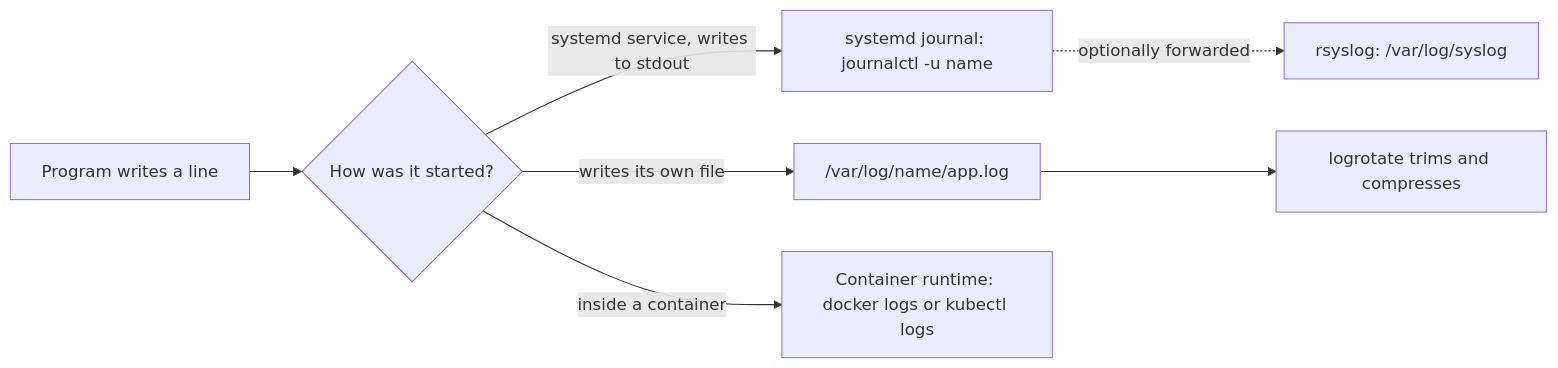
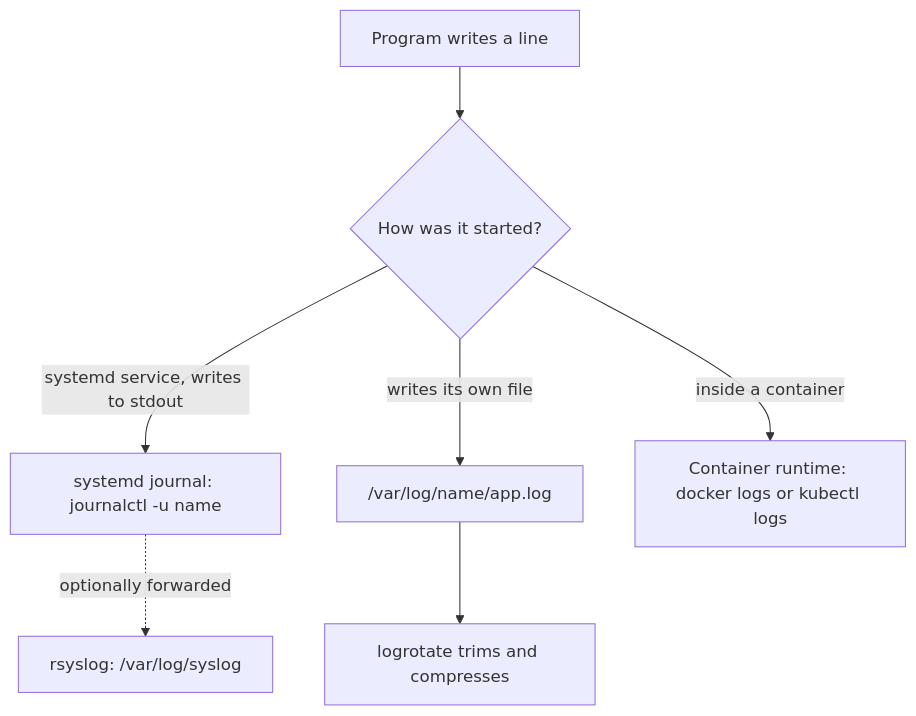
One commit to alfinwilliam/devops-notes changed the diagram in docs/linux/logs.md. Above: the diagram before and after it, drawn with Mermaid. The commit also changed 17 other files, not shown here.

First line of the commit message:
diagrams: fix every diagram that was shrunk below readable size

````diff
--- a/docs/linux/logs.md
+++ b/docs/linux/logs.md
@@ -26,9 +26,9 @@
 ```mermaid
-flowchart LR
+flowchart TD
     A["Program writes a line"] --> B{"How was it started?"}
     B -->|"systemd service, writes to stdout"| C["systemd journal: journalctl -u name"]
     B -->|"writes its own file"| D["/var/log/name/app.log"]
     B -->|"inside a container"| E["Container runtime: docker logs or kubectl logs"]
     C -.->|"optionally forwarded"| F["rsyslog: /var/log/syslog"]
     D --> G["logrotate trims and compresses"]
 ```
````
